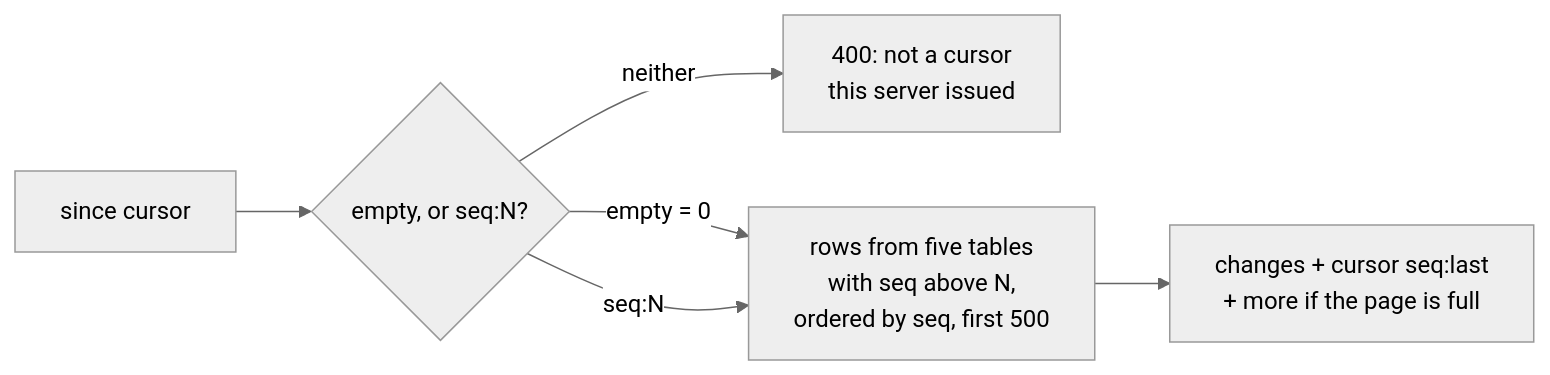
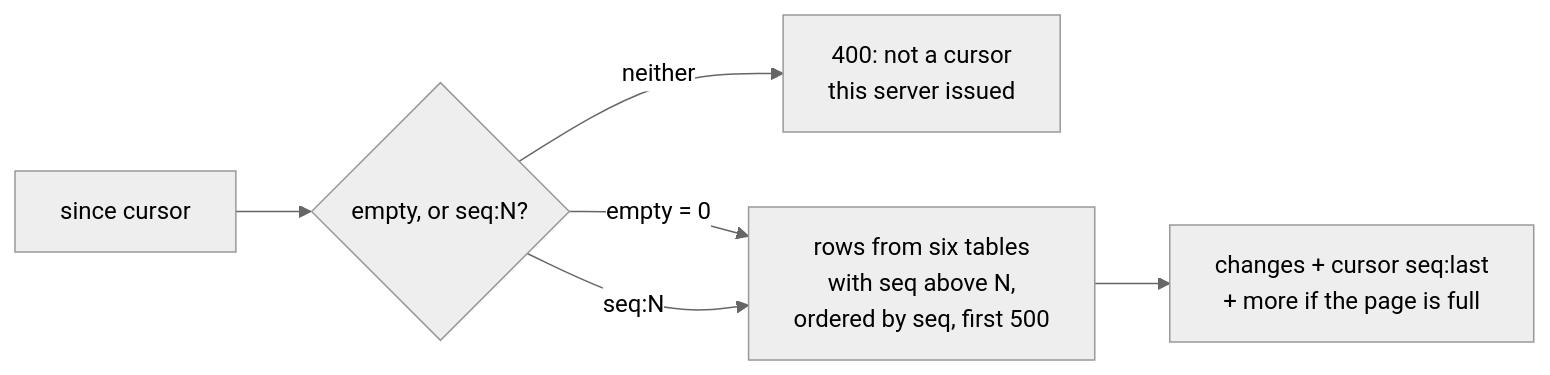
Before and after one commit to MohammadBnei/wird: the fourth of 5 diagrams in docs/architecture/api/sync-endpoints.md, drawn with Mermaid (neutral theme). The commit also changed other lines of this file and 22 other files, not shown here.

````diff
--- a/docs/architecture/api/sync-endpoints.md
+++ b/docs/architecture/api/sync-endpoints.md
@@ -176,8 +177,8 @@
 ```mermaid
 flowchart LR
   c["since cursor"] --> p{"empty, or seq:N?"}
   p -->|neither| e["400: not a cursor<br/>this server issued"]
   p -->|"empty = 0"| q
-  p -->|"seq:N"| q["rows from five tables<br/>with seq above N,<br/>ordered by seq, first 500"]
+  p -->|"seq:N"| q["rows from six tables<br/>with seq above N,<br/>ordered by seq, first 500"]
   q --> r["changes + cursor seq:last<br/>+ more if the page is full"]
 ```
````
